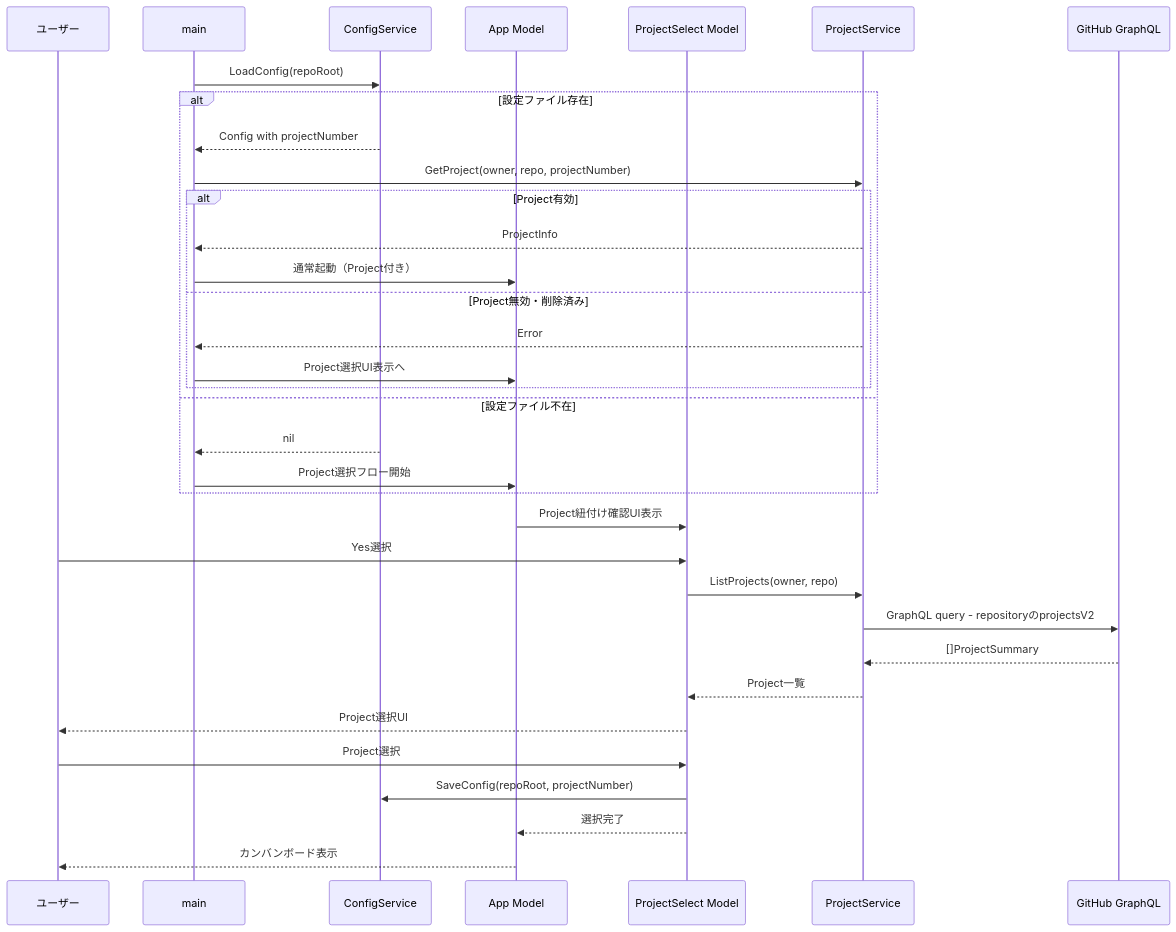
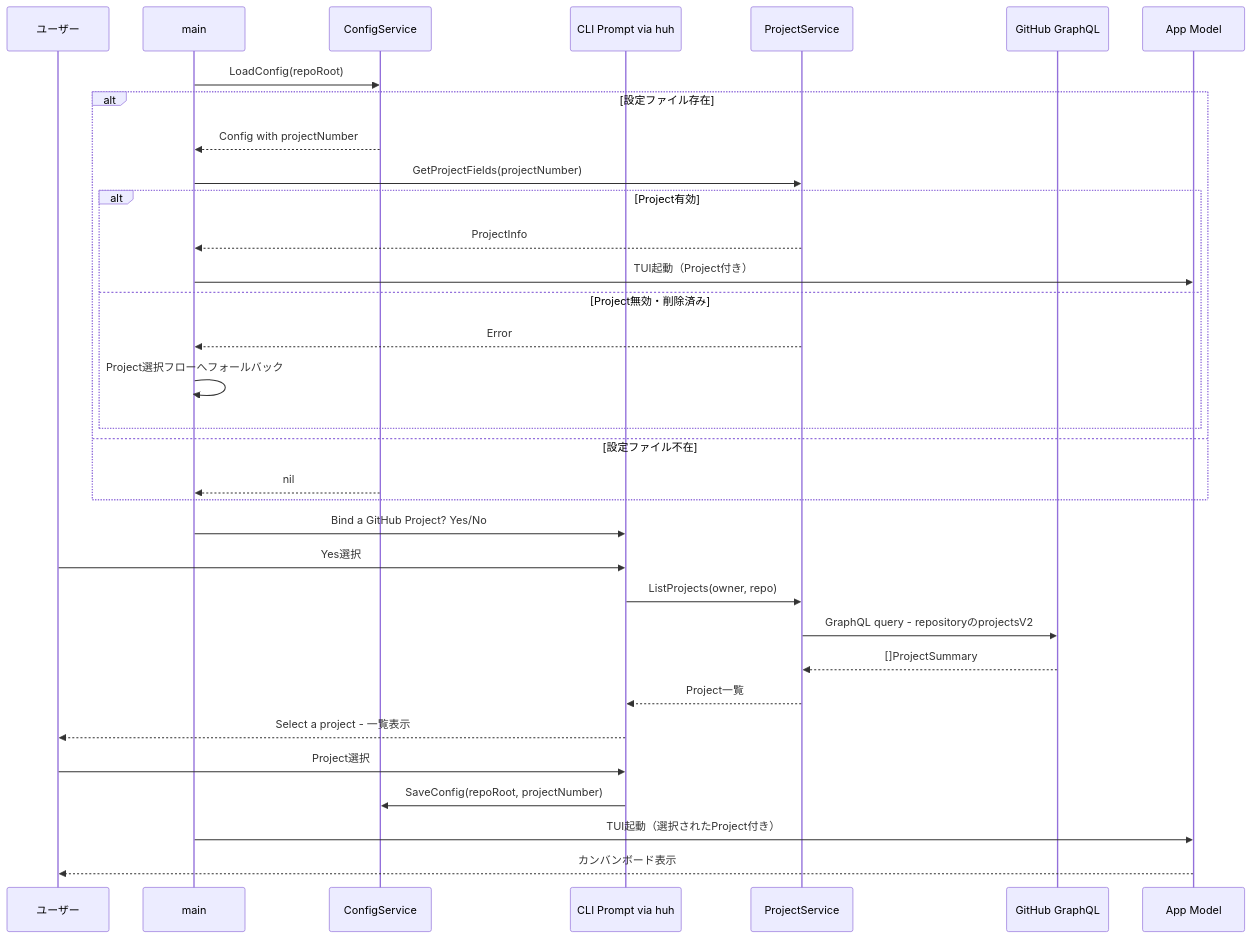
One commit to masamichhhhi/gh-tuissue changed the third of 7 diagrams in .kiro/specs/gh-issue-kanban-tui/design.md. Above: the diagram before and after it, drawn with Mermaid. The commit also changed other lines of this file and 14 other files, not shown here.

````diff
--- a/.kiro/specs/gh-issue-kanban-tui/design.md
+++ b/.kiro/specs/gh-issue-kanban-tui/design.md
@@ -133,37 +138,36 @@
 ```mermaid
 sequenceDiagram
     participant U as ユーザー
     participant Main as main
     participant Cfg as ConfigService
-    participant App as App Model
-    participant PS as ProjectSelect Model
+    participant Prompt as CLI Prompt via huh
     participant PSvc as ProjectService
     participant API as GitHub GraphQL
+    participant App as App Model
 
     Main->>Cfg: LoadConfig(repoRoot)
     alt 設定ファイル存在
         Cfg-->>Main: Config with projectNumber
-        Main->>PSvc: GetProject(owner, repo, projectNumber)
+        Main->>PSvc: GetProjectFields(projectNumber)
         alt Project有効
             PSvc-->>Main: ProjectInfo
-            Main->>App: 通常起動（Project付き）
+            Main->>App: TUI起動（Project付き）
         else Project無効・削除済み
             PSvc-->>Main: Error
-            Main->>App: Project選択UI表示へ
+            Main->>Main: Project選択フローへフォールバック
         end
     else 設定ファイル不在
         Cfg-->>Main: nil
-        Main->>App: Project選択フロー開始
     end
-    App->>PS: Project紐付け確認UI表示
-    U->>PS: Yes選択
-    PS->>PSvc: ListProjects(owner, repo)
+    Main->>Prompt: Bind a GitHub Project? Yes/No
+    U->>Prompt: Yes選択
+    Prompt->>PSvc: ListProjects(owner, repo)
     PSvc->>API: GraphQL query - repositoryのprojectsV2
     API-->>PSvc: []ProjectSummary
-    PSvc-->>PS: Project一覧
-    PS-->>U: Project選択UI
-    U->>PS: Project選択
-    PS->>Cfg: SaveConfig(repoRoot, projectNumber)
-    PS-->>App: 選択完了
+    PSvc-->>Prompt: Project一覧
+    Prompt-->>U: Select a project - 一覧表示
+    U->>Prompt: Project選択
+    Prompt->>Cfg: SaveConfig(repoRoot, projectNumber)
+    Main->>App: TUI起動（選択されたProject付き）
     App-->>U: カンバンボード表示
 ```
````
